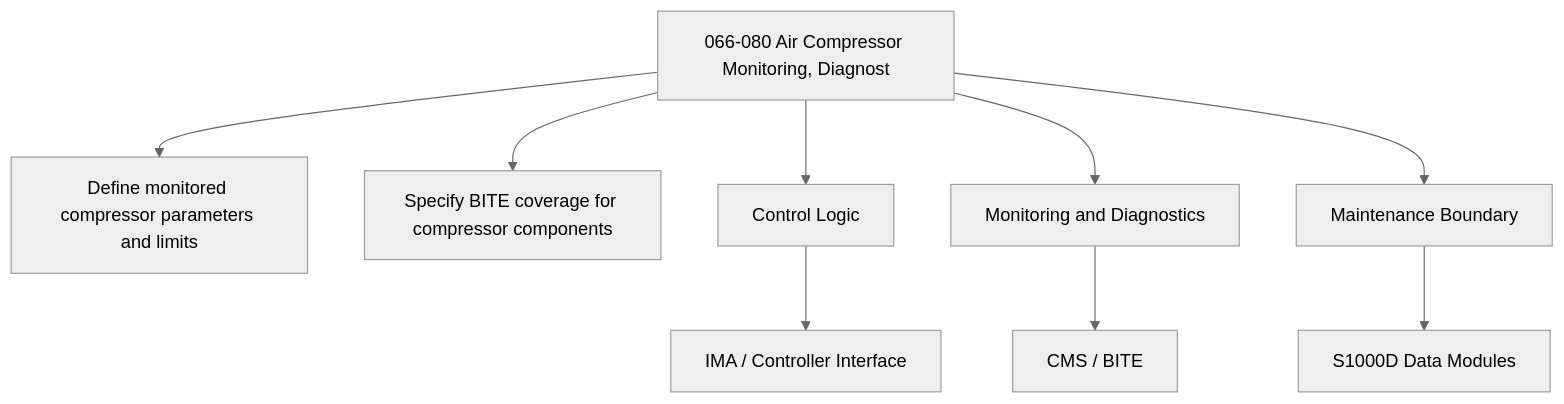
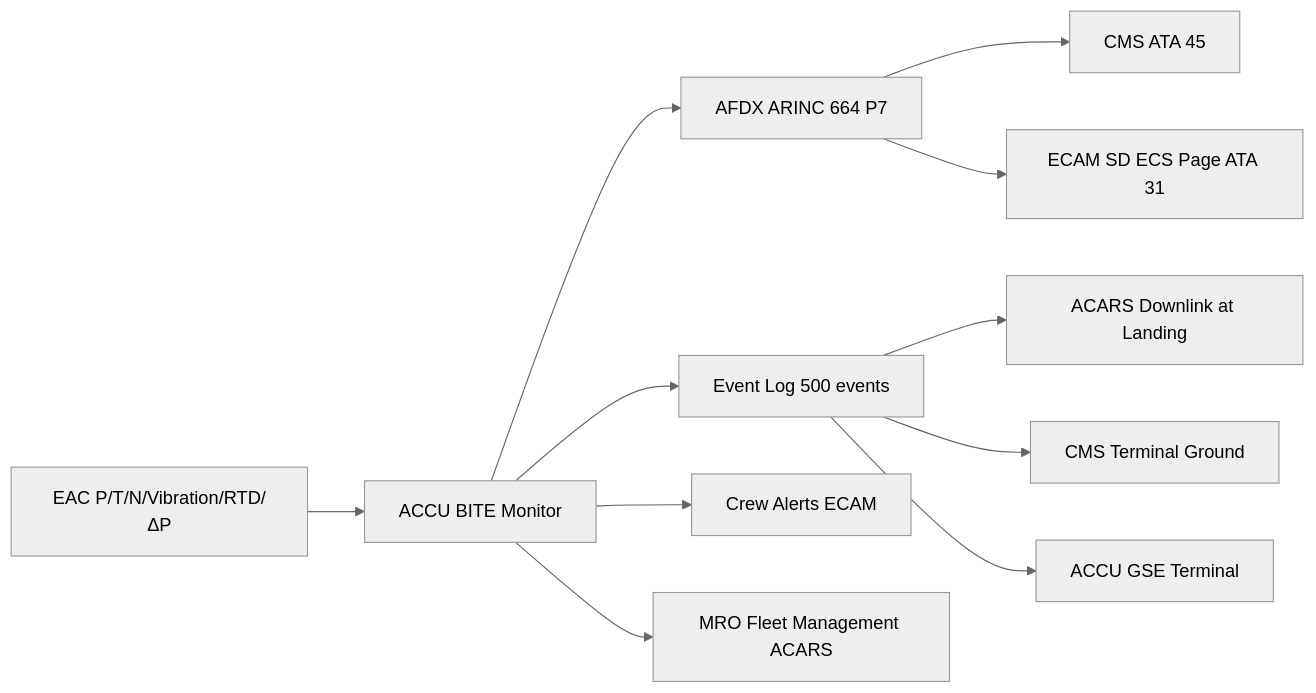
Before and after one commit to AmedeoPelliccia/Qplus-For-All-Queer-People-and-Quantum: the first of 2 diagrams in Q+ATLANTIDE/000-099_ATLAS/060-069_Propulsion-Tradicional/066_Air-Compressor/066-080-Air-Compressor-Monitoring-Diagnostics-and-Control-Interfaces.md, drawn with Mermaid (neutral theme). The commit also changed other lines of this file and 9 other files, not shown here.

First line of the commit message:
docs: rewrite 066_Air-Compressor — 10 files contextualized for AMPEL360E eWTW

````diff
--- a/Q+ATLANTIDE/000-099_ATLAS/060-069_Propulsion-Tradicional/066_Air-Compressor/066-080-Air-Compressor-Monitoring-Diagnostics-and-Control-Interfaces.md
+++ b/Q+ATLANTIDE/000-099_ATLAS/060-069_Propulsion-Tradicional/066_Air-Compressor/066-080-Air-Compressor-Monitoring-Diagnostics-and-Control-Interfaces.md
@@ -172,11 +91,13 @@
 ```mermaid
-flowchart TB
-    SYS[066-080 Air Compressor Monitoring, Diagnost] --> F1[Define monitored compressor parameters and limits]
-    SYS --> F2[Specify BITE coverage for compressor components]
-    SYS --> CTRL[Control Logic]
-    SYS --> MON[Monitoring and Diagnostics]
-    SYS --> MAINT[Maintenance Boundary]
-    CTRL --> IMA[IMA / Controller Interface]
-    MON --> CMS[CMS / BITE]
-    MAINT --> CSDB[S1000D Data Modules]
+flowchart LR
+    ACCU[ACCU BITE Monitor] --> AFDX[AFDX ARINC 664 P7]
+    AFDX --> CMS[CMS ATA 45]
+    AFDX --> ECAM[ECAM SD ECS Page ATA 31]
+    ACCU --> EVENT_LOG[Event Log 500 events]
+    EVENT_LOG --> ACARS[ACARS Downlink at Landing]
+    EVENT_LOG --> CMS_TERM[CMS Terminal Ground]
+    EVENT_LOG --> GSE[ACCU GSE Terminal]
+    SENSORS[EAC P/T/N/Vibration/RTD/ΔP] --> ACCU
+    ACCU --> CREW[Crew Alerts ECAM]
+    ACCU --> MRO[MRO Fleet Management ACARS]
 ```
````
